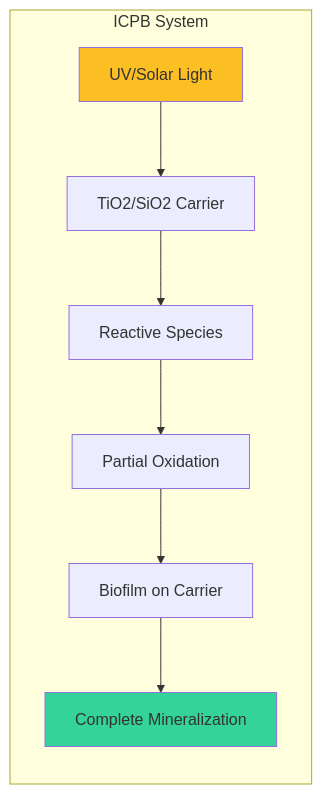
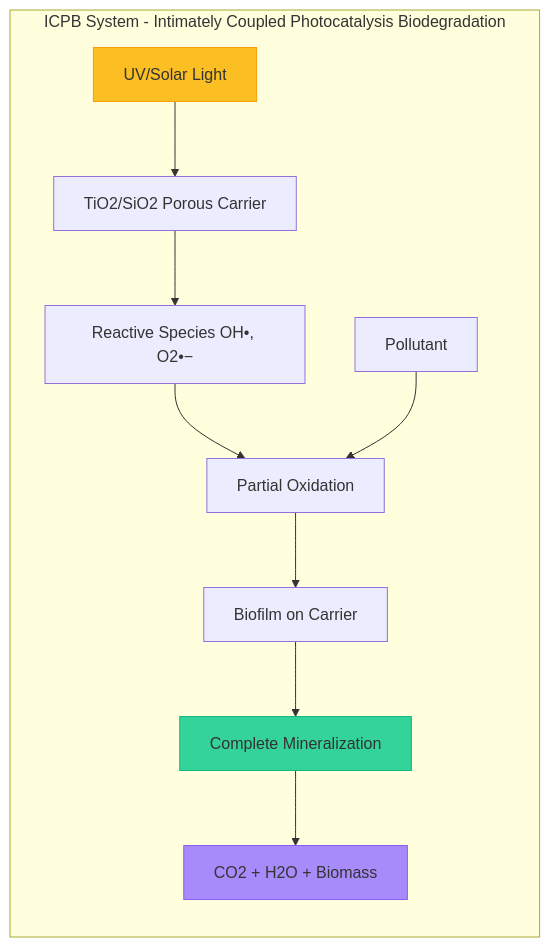
The tenth of 31 diagrams in README.md (anshsharmacse/JanrakshakAI), drawn with Mermaid before and after one commit. The commit also changed other lines of this file, not shown here.

````diff
--- a/README.md
+++ b/README.md
@@ -294,13 +367,17 @@
 ```mermaid
 graph LR
-    subgraph ICPB["ICPB System"]
-        A[UV/Solar Light] --> B[TiO2/SiO2 Carrier]
-        B --> C[Reactive Species]
+    subgraph ICPB["ICPB System - Intimately Coupled Photocatalysis Biodegradation"]
+        A[UV/Solar Light] --> B[TiO2/SiO2 Porous Carrier]
+        B --> C[Reactive Species OH•, O2•−]
         C --> D[Partial Oxidation]
         D --> E[Biofilm on Carrier]
         E --> F[Complete Mineralization]
+        
+        G[Pollutant] --> D
+        F --> H[CO2 + H2O + Biomass]
     end
     
-    style A fill:#fbbf24
-    style F fill:#34d399
+    style A fill:#fbbf24,stroke:#f59e0b
+    style F fill:#34d399,stroke:#10b981
+    style H fill:#a78bfa,stroke:#8b5cf6
 ```
````
